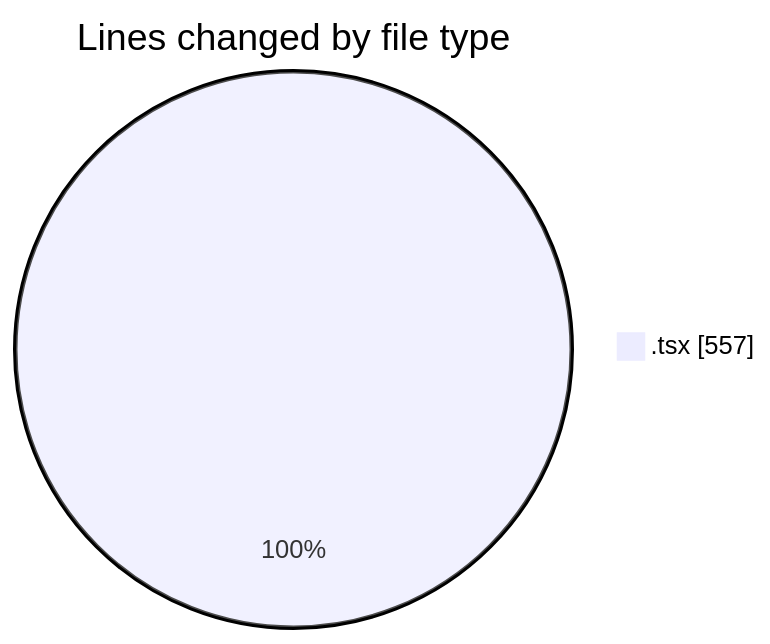
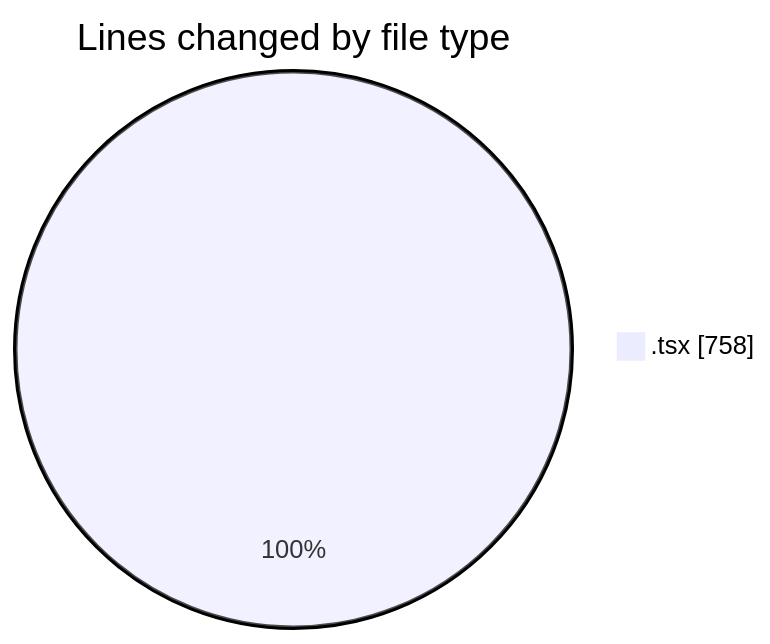
One commit to nxtqubesakshisongat/code-tracking changed the first of 2 diagrams in 2026-07-13/nxtqube_webapp/README.md. Above: the diagram before and after it, drawn with Mermaid. The commit also changed other lines of this file and 1 other file, not shown here.

````diff
--- a/2026-07-13/nxtqube_webapp/README.md
+++ b/2026-07-13/nxtqube_webapp/README.md
@@ -23,5 +25,5 @@
 ```mermaid
 pie showData
 title Lines changed by file type
-".tsx" : 557
+".tsx" : 758
 ```
````
